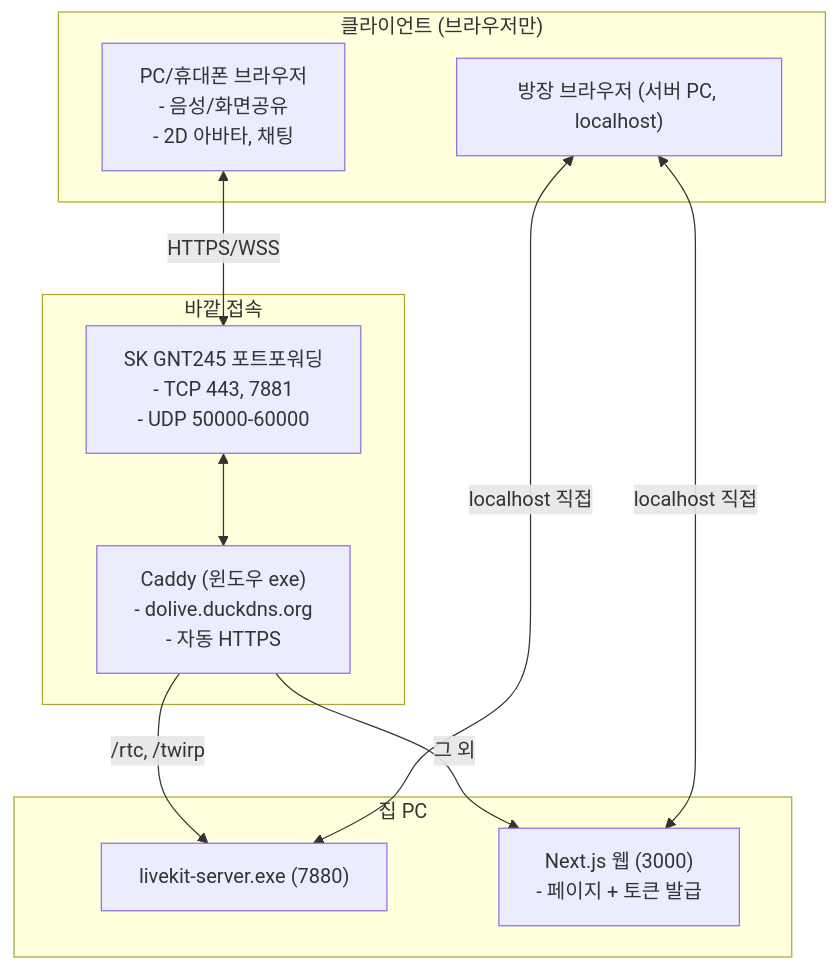
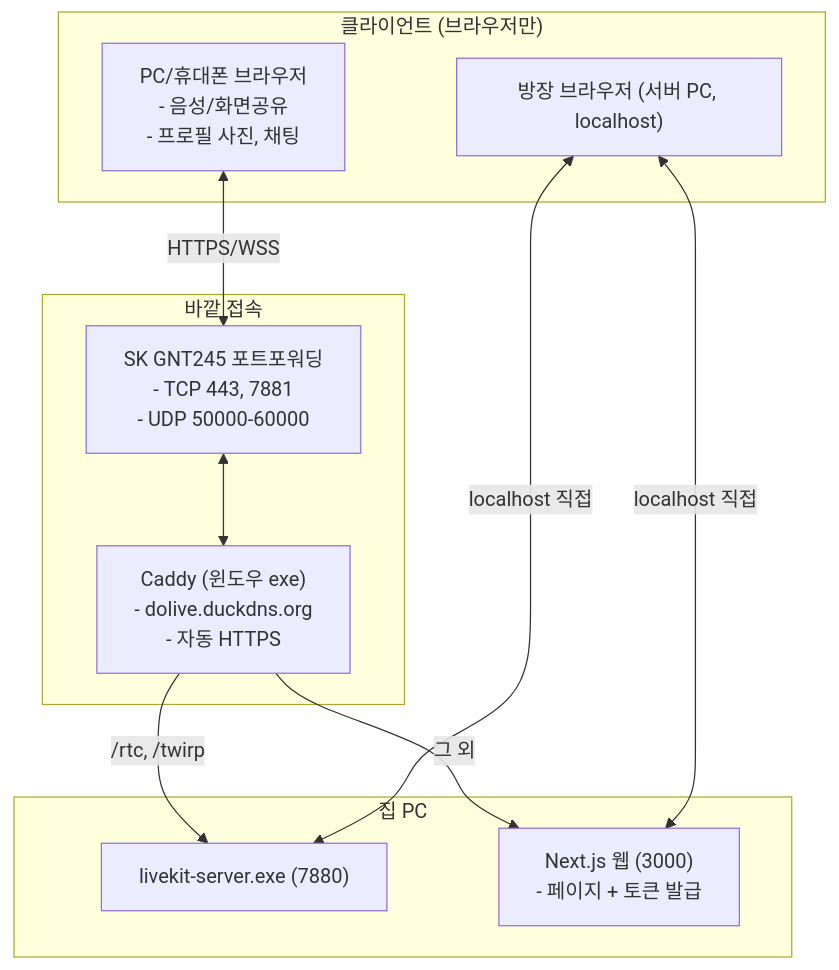
One commit to cordmin/DOLIVE changed the diagram in DOLIVE_Master_Plan.md. Above: the diagram before and after it, drawn with Mermaid. The commit also changed other lines of this file and 35 other files, not shown here.

````diff
--- a/DOLIVE_Master_Plan.md
+++ b/DOLIVE_Master_Plan.md
@@ -34,23 +34,23 @@
 ```mermaid
 flowchart TB
     subgraph Clients["클라이언트 (브라우저만)"]
-        Web["PC/휴대폰 브라우저<br>- 음성/화면공유<br>- 2D 아바타, 채팅"]
+        Web["PC/휴대폰 브라우저<br>- 음성/화면공유<br>- 프로필 사진, 채팅"]
         Host["방장 브라우저 (서버 PC, localhost)"]
     end
 
     subgraph Network["바깥 접속"]
         Router["SK GNT245 포트포워딩<br>- TCP 443, 7881<br>- UDP 50000-60000"]
         Caddy["Caddy (윈도우 exe)<br>- dolive.duckdns.org<br>- 자동 HTTPS"]
     end
 
     subgraph Server["집 PC"]
         LiveKit["livekit-server.exe (7880)"]
         Next["Next.js 웹 (3000)<br>- 페이지 + 토큰 발급"]
     end
 
     Web <-->|HTTPS/WSS| Router <--> Caddy
     Caddy -->|/rtc, /twirp| LiveKit
     Caddy -->|그 외| Next
     Host <-->|localhost 직접| Next
     Host <-->|localhost 직접| LiveKit
 ```
````
